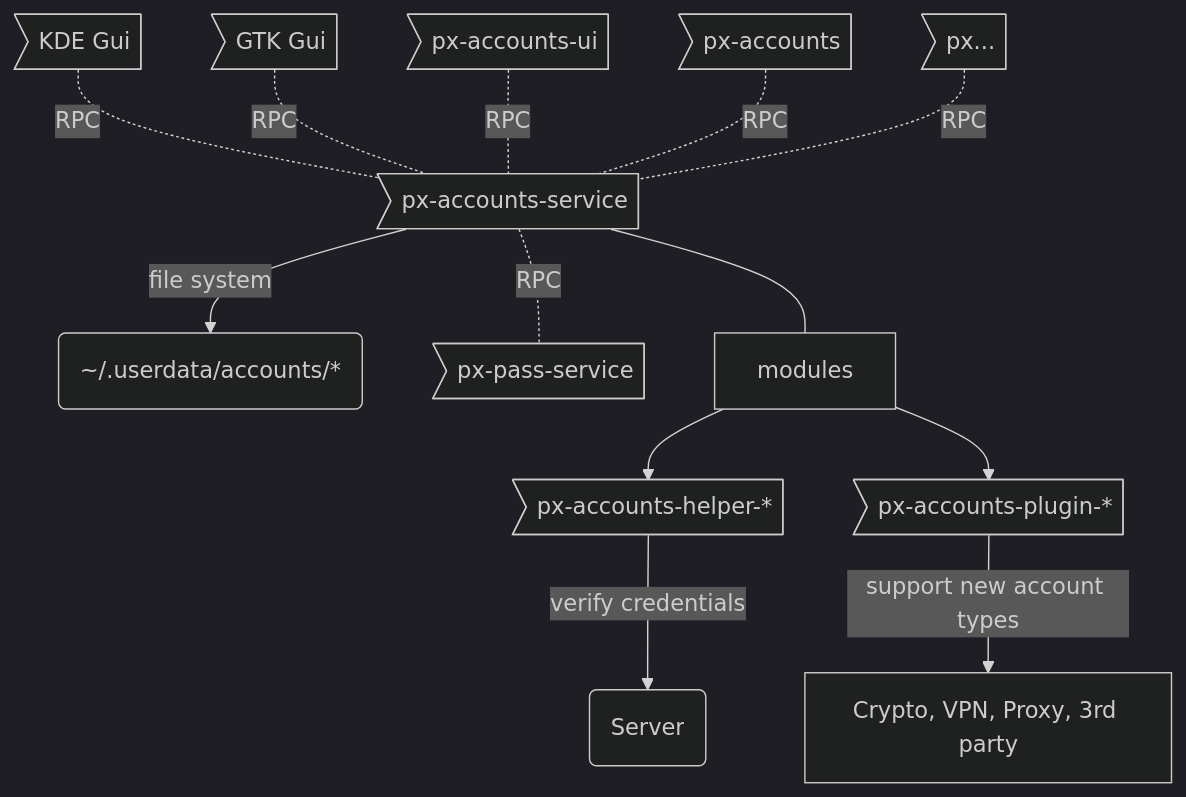
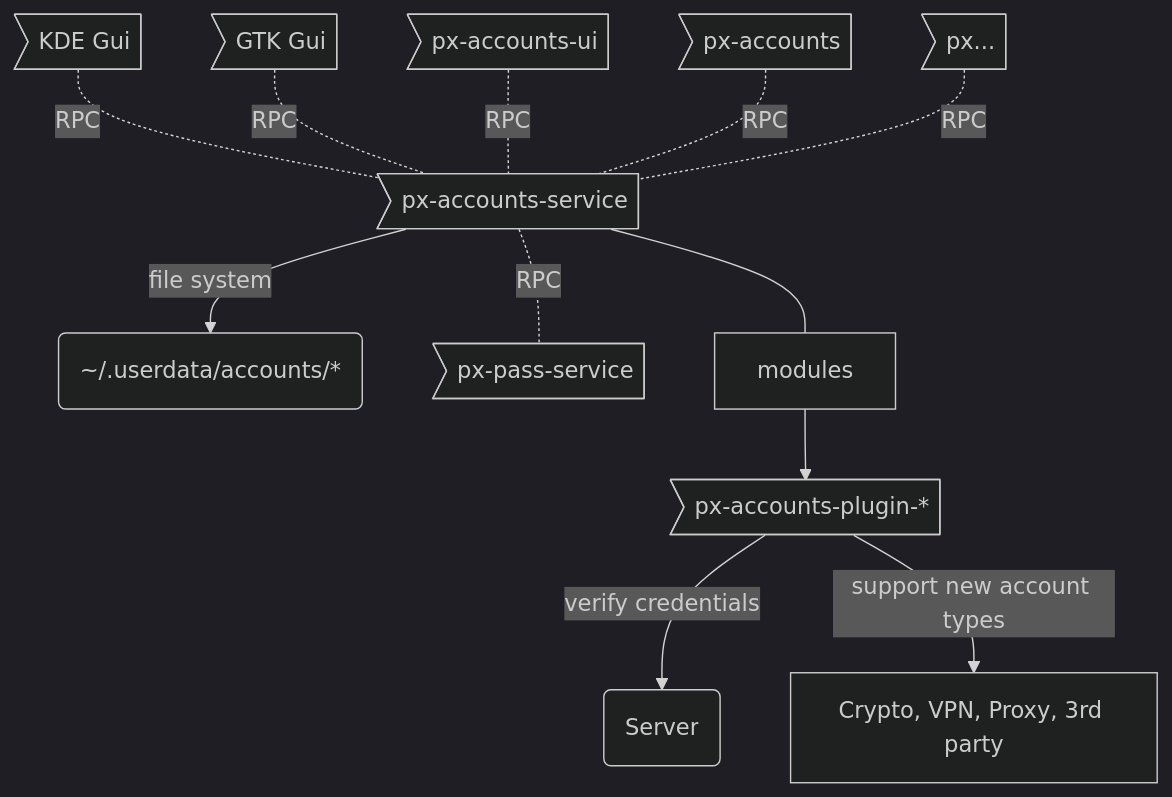
One commit to PantherXOS/px-accounts-service changed the first of 2 diagrams in README.md. Above: the diagram before and after it, drawn with Mermaid (dark theme). The commit also changed other lines of this file, not shown here.

````diff
--- a/README.md
+++ b/README.md
@@ -19,24 +18,22 @@
 ```mermaid
 graph TD
 SVC>px-accounts-service]
 CMD>px-accounts]
 GUI>px-accounts-ui]
 DB("~/.userdata/accounts/*")
 PAS>px-pass-service]
 MOD[modules]
-HLP>px-accounts-helper-*]
 PLG>px-accounts-plugin-*]
 
 KDE>KDE Gui] -.- |RPC| SVC
 GTK>GTK Gui] -.- |RPC| SVC
 GUI -.- |RPC| SVC
 CMD -.- |RPC| SVC
 PXAPP>px...] -.- |RPC| SVC
 SVC --- MOD
 SVC -.- |RPC| PAS
-MOD --> HLP
 MOD --> PLG
 SVC --> |file system| DB
-HLP --> |verify credentials| J(Server)
+PLG --> |verify credentials| J(Server)
 PLG --> |support new account types| K[Crypto, VPN, Proxy, 3rd party]
 ```
````
